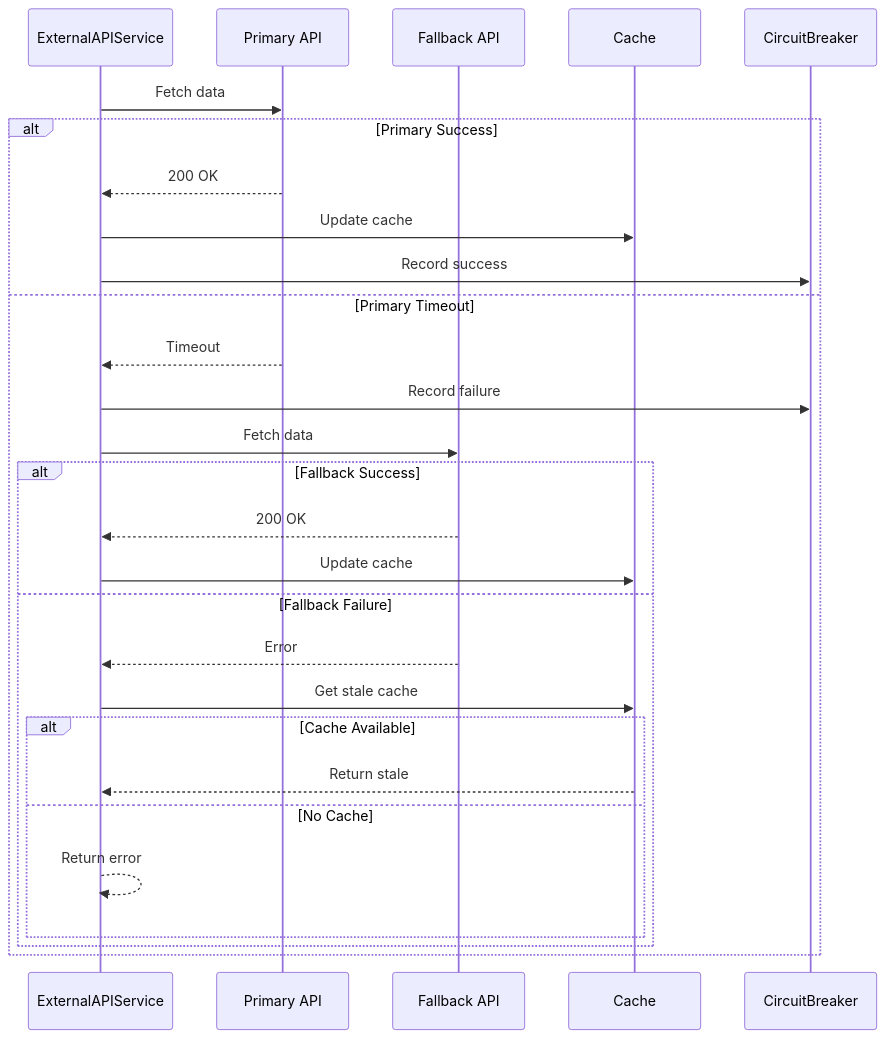
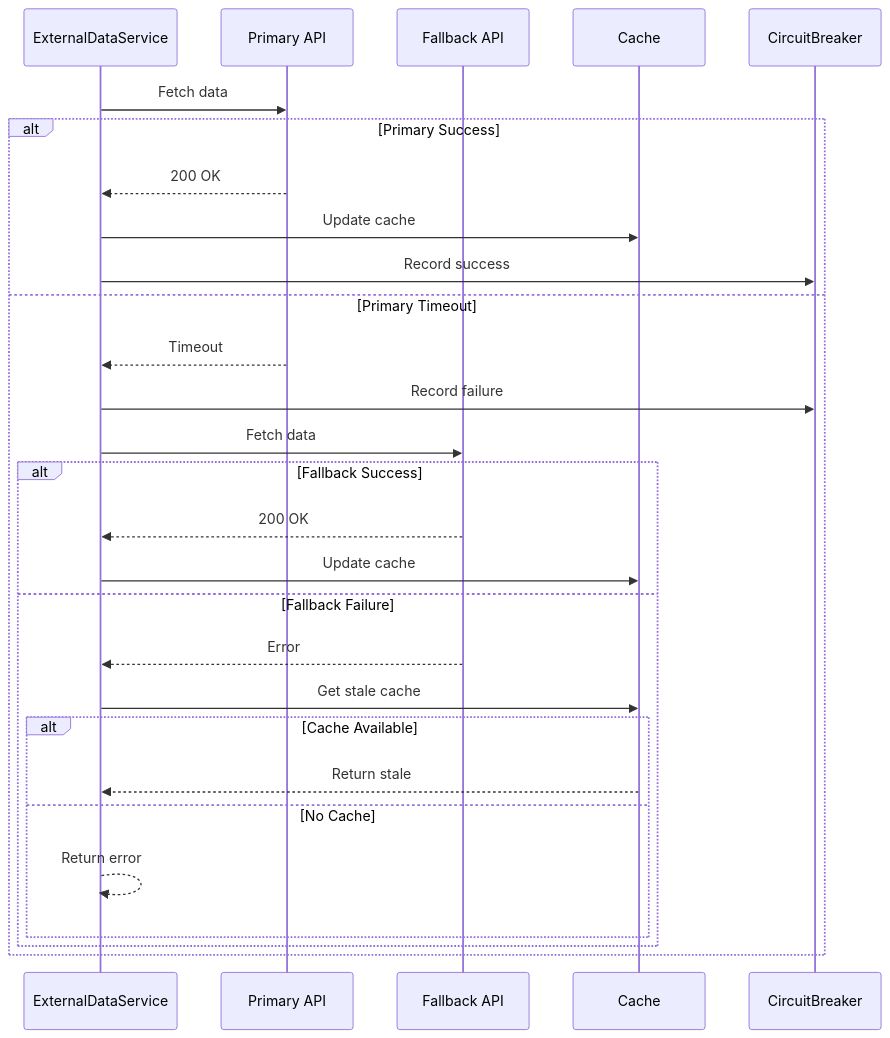
Before and after one commit to exatfrds67/umamusume-career-planner: the second of 2 diagrams in docs/01-sequences/SEQ-007_External_Data_Sync.md, drawn with Mermaid. The commit also changed other lines of this file and 111 other files, not shown here.

````diff
--- a/docs/01-sequences/SEQ-007_External_Data_Sync.md
+++ b/docs/01-sequences/SEQ-007_External_Data_Sync.md
@@ -764,34 +764,34 @@
 ```mermaid
 sequenceDiagram
-    participant Service as ExternalAPIService
+    participant Service as ExternalDataService
     participant Primary as Primary API
     participant Fallback as Fallback API
     participant Cache
     participant Circuit as CircuitBreaker
 
     Service->>Primary: Fetch data
     
     alt Primary Success
         Primary-->>Service: 200 OK
         Service->>Cache: Update cache
         Service->>Circuit: Record success
     else Primary Timeout
         Primary-->>Service: Timeout
         Service->>Circuit: Record failure
         Service->>Fallback: Fetch data
         
         alt Fallback Success
             Fallback-->>Service: 200 OK
             Service->>Cache: Update cache
         else Fallback Failure
             Fallback-->>Service: Error
             Service->>Cache: Get stale cache
             
             alt Cache Available
                 Cache-->>Service: Return stale
             else No Cache
                 Service-->>Service: Return error
             end
         end
     end
 ```
````
